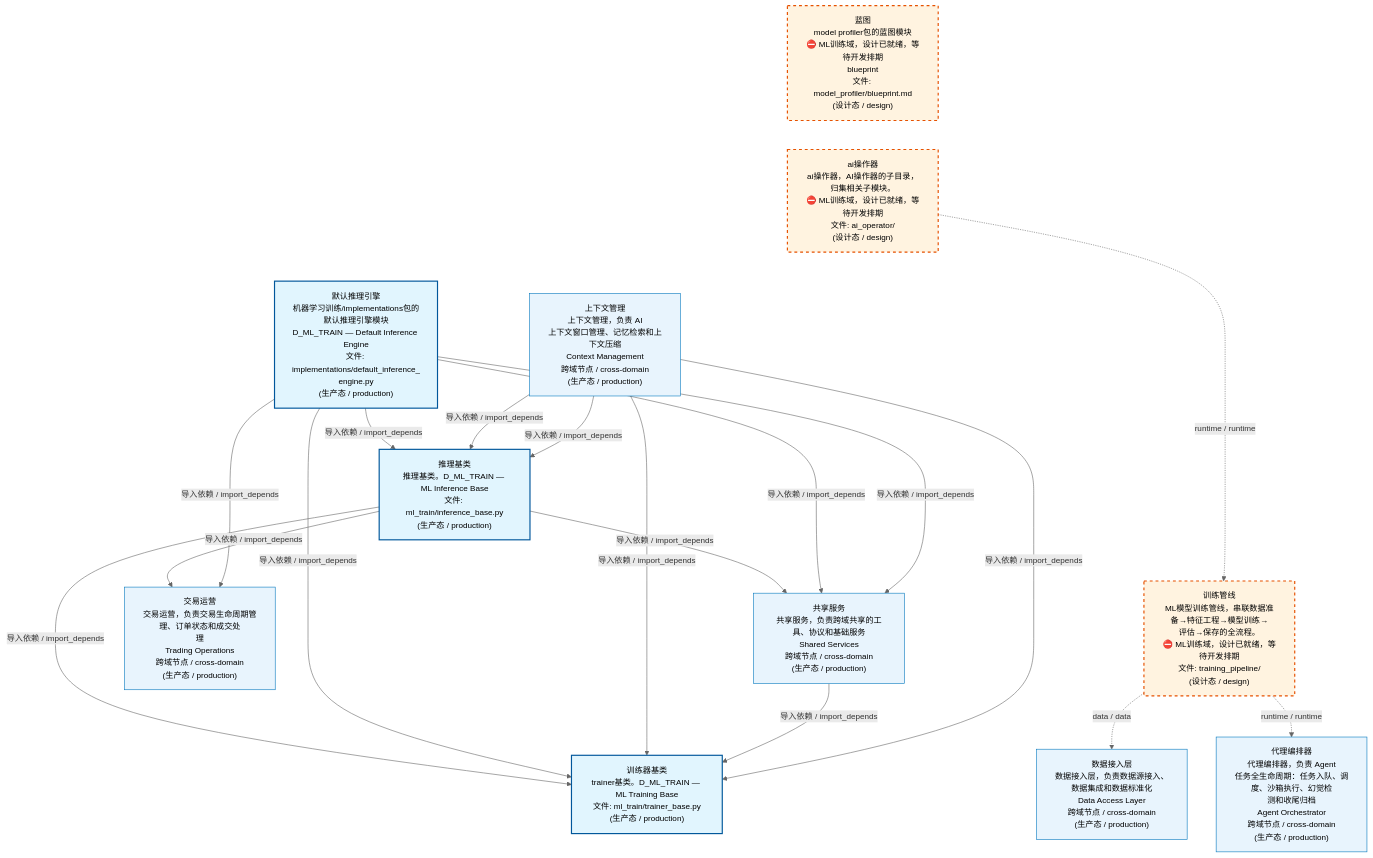
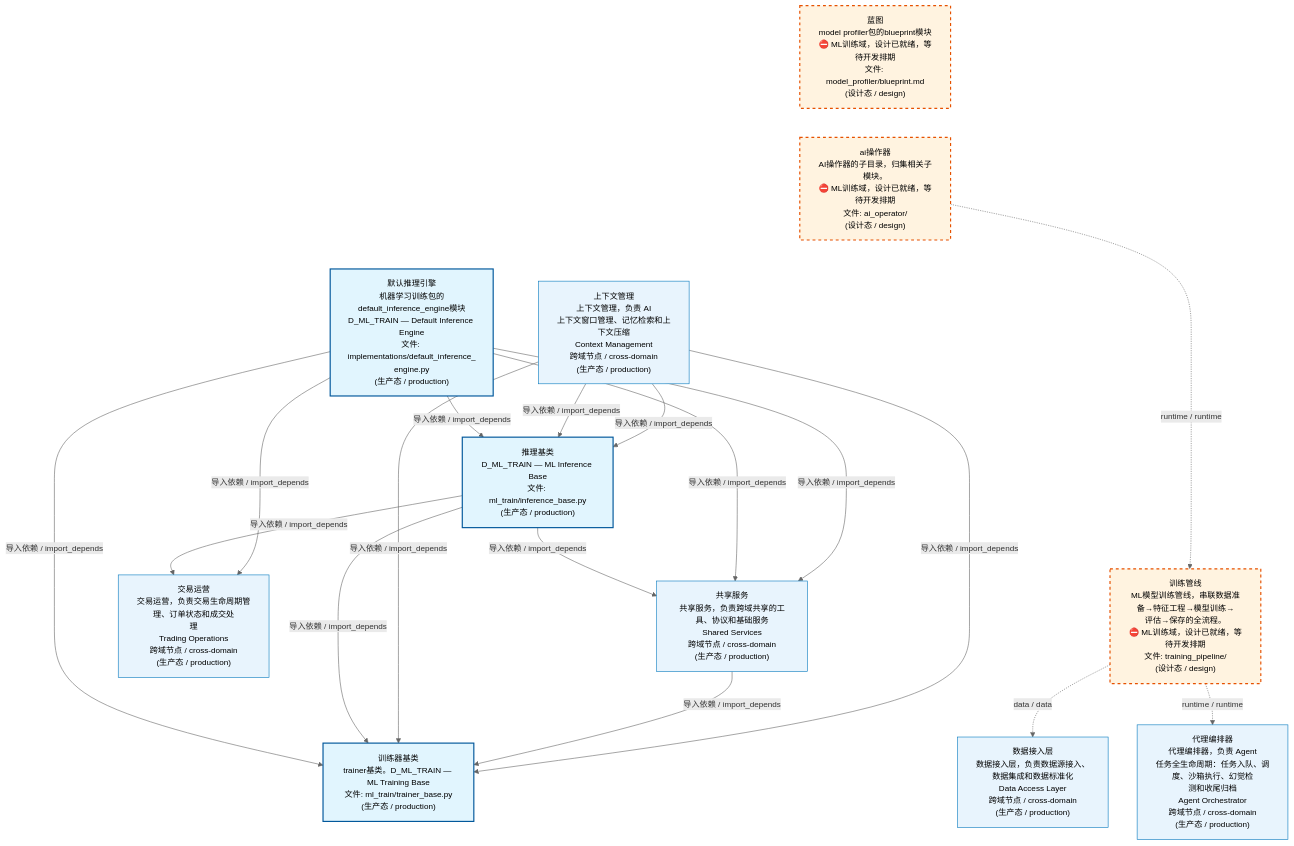
One commit to xuanFelixVan/ZephyrAlpha changed the first of 4 diagrams in docs/02_enterprise_architecture/02_domain_architecture_docs/61_d_ml_train.md. Above: the diagram before and after it, drawn with Mermaid. The commit also changed other lines of this file and 61 other files, not shown here.

````diff
--- a/docs/02_enterprise_architecture/02_domain_architecture_docs/61_d_ml_train.md
+++ b/docs/02_enterprise_architecture/02_domain_architecture_docs/61_d_ml_train.md
@@ -53,41 +53,41 @@
 ```mermaid
 %%{init: {'theme': 'base', 'themeVariables': {'primaryColor': '#eaeaea', 'primaryTextColor': '#333333', 'primaryBorderColor': '#666666', 'lineColor': '#666666', 'secondaryColor': '#eaeaea', 'tertiaryColor': '#eaeaea', 'fontSize': '14px'}}}%%
 flowchart TD
-    docs_03_modules_cross_layer_model_profiler_blueprint_md["蓝图<br/>model profiler包的蓝图模块<br/>⛔ ML训练域，设计已就绪，等待开发排期<br/>blueprint<br/>文件: model_profiler/blueprint.md<br/>(设计态 / design)"]
-    src_zephyr_ml_train_ai_operator["ai操作器<br/>ai操作器，AI操作器的子目录，归集相关子模块。<br/>⛔ ML训练域，设计已就绪，等待开发排期<br/>文件: ai_operator/<br/>(设计态 / design)"]
-    src_zephyr_ml_train_implementations_default_inference_engine_py["默认推理引擎<br/>机器学习训练/implementations包的默认推理引擎模块<br/>D_ML_TRAIN — Default Inference Engine<br/>文件: implementations/default_inference_<br/>engine.py<br/>(生产态 / production)"]
+    docs_03_modules_cross_layer_model_profiler_blueprint_md["蓝图<br/>model profiler包的blueprint模块<br/>⛔ ML训练域，设计已就绪，等待开发排期<br/>文件: model_profiler/blueprint.md<br/>(设计态 / design)"]
+    src_zephyr_ml_train_ai_operator["ai操作器<br/>AI操作器的子目录，归集相关子模块。<br/>⛔ ML训练域，设计已就绪，等待开发排期<br/>文件: ai_operator/<br/>(设计态 / design)"]
+    src_zephyr_ml_train_implementations_default_inference_engine_py["默认推理引擎<br/>机器学习训练包的default_inference_engine模块<br/>D_ML_TRAIN — Default Inference Engine<br/>文件: implementations/default_inference_<br/>engine.py<br/>(生产态 / production)"]
     docs_03_modules_cross_layer_model_profiler_blueprint_md ~~~ src_zephyr_ml_train_ai_operator
     src_zephyr_ml_train_ai_operator ~~~ src_zephyr_ml_train_implementations_default_inference_engine_py
-    src_zephyr_ml_train_inference_base_py["推理基类<br/>推理基类。D_ML_TRAIN — ML Inference Base<br/>文件: ml_train/inference_base.py<br/>(生产态 / production)"]
+    src_zephyr_ml_train_inference_base_py["推理基类<br/>D_ML_TRAIN — ML Inference Base<br/>文件: ml_train/inference_base.py<br/>(生产态 / production)"]
     src_zephyr_ml_train_training_pipeline["训练管线<br/>ML模型训练管线，串联数据准备→特征工程→模型训练→<br/>评估→保存的全流程。<br/>⛔ ML训练域，设计已就绪，等待开发排期<br/>文件: training_pipeline/<br/>(设计态 / design)"]
     src_zephyr_ml_train_inference_base_py ~~~ src_zephyr_ml_train_training_pipeline
     src_zephyr_ml_train_trainer_base_py["训练器基类<br/>trainer基类。D_ML_TRAIN — ML Training Base<br/>文件: ml_train/trainer_base.py<br/>(生产态 / production)"]
     src_zephyr_ml_train_ai_operator -.->|runtime / runtime| src_zephyr_ml_train_training_pipeline
-    src_zephyr_ml_train_inference_base_py -->|导入依赖 / import_depends| src_zephyr_ml_train_trainer_base_py
     src_zephyr_ml_train_implementations_default_inference_engine_py -->|导入依赖 / import_depends| src_zephyr_ml_train_trainer_base_py
     src_zephyr_ml_train_implementations_default_inference_engine_py -->|导入依赖 / import_depends| src_zephyr_ml_train_inference_base_py
+    src_zephyr_ml_train_inference_base_py -->|导入依赖 / import_depends| src_zephyr_ml_train_trainer_base_py
     D_DATA["数据接入层<br/>数据接入层，负责数据源接入、数据集成和数据标准化<br/>Data Access Layer<br/>跨域节点 / cross-domain<br/>(生产态 / production)"]
     src_zephyr_ml_train_training_pipeline -.->|data / data| D_DATA
     D_ORCHESTRATOR["代理编排器<br/>代理编排器，负责 Agent<br/>任务全生命周期：任务入队、调度、沙箱执行、幻觉检<br/>测和收尾归档<br/>Agent Orchestrator<br/>跨域节点 / cross-domain<br/>(生产态 / production)"]
     src_zephyr_ml_train_training_pipeline -.->|runtime / runtime| D_ORCHESTRATOR
     D_TRADING["交易运营<br/>交易运营，负责交易生命周期管理、订单状态和成交处<br/>理<br/>Trading Operations<br/>跨域节点 / cross-domain<br/>(生产态 / production)"]
     src_zephyr_ml_train_inference_base_py -->|导入依赖 / import_depends| D_TRADING
     D_SHARED["共享服务<br/>共享服务，负责跨域共享的工具、协议和基础服务<br/>Shared Services<br/>跨域节点 / cross-domain<br/>(生产态 / production)"]
     src_zephyr_ml_train_inference_base_py -->|导入依赖 / import_depends| D_SHARED
     src_zephyr_ml_train_implementations_default_inference_engine_py -->|导入依赖 / import_depends| D_TRADING
     src_zephyr_ml_train_implementations_default_inference_engine_py -->|导入依赖 / import_depends| D_SHARED
     src_zephyr_ml_train_implementations_default_inference_engine_py -->|导入依赖 / import_depends| D_SHARED
     D_INTELLIGENCE["上下文管理<br/>上下文管理，负责 AI<br/>上下文窗口管理、记忆检索和上下文压缩<br/>Context Management<br/>跨域节点 / cross-domain<br/>(生产态 / production)"]
     D_INTELLIGENCE -->|导入依赖 / import_depends| src_zephyr_ml_train_inference_base_py
     D_INTELLIGENCE -->|导入依赖 / import_depends| src_zephyr_ml_train_trainer_base_py
     D_SHARED -->|导入依赖 / import_depends| src_zephyr_ml_train_trainer_base_py
     D_INTELLIGENCE -->|导入依赖 / import_depends| src_zephyr_ml_train_inference_base_py
     D_INTELLIGENCE -->|导入依赖 / import_depends| src_zephyr_ml_train_trainer_base_py
     classDef production fill:#e1f5fe,stroke:#01579b,stroke-width:2px,color:#000
     classDef design fill:#fff3e0,stroke:#e65100,stroke-width:2px,color:#000,stroke-dasharray: 5 5
     classDef external_prod fill:#e8f4fd,stroke:#0277bd,stroke-width:1px,color:#000
     classDef external_design fill:#fff8e7,stroke:#ef6c00,stroke-width:1px,color:#000,stroke-dasharray: 5 5
     class src_zephyr_ml_train_implementations_default_inference_engine_py,src_zephyr_ml_train_inference_base_py,src_zephyr_ml_train_trainer_base_py production
     class docs_03_modules_cross_layer_model_profiler_blueprint_md,src_zephyr_ml_train_ai_operator,src_zephyr_ml_train_training_pipeline design
     class D_DATA,D_ORCHESTRATOR,D_TRADING,D_SHARED,D_INTELLIGENCE external_prod
 ```
````
